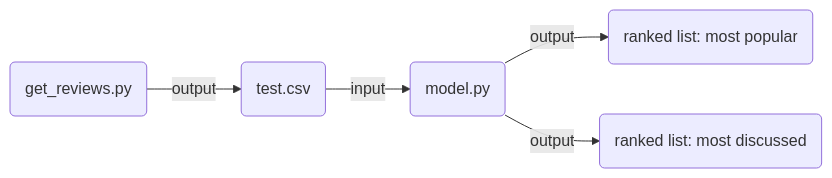
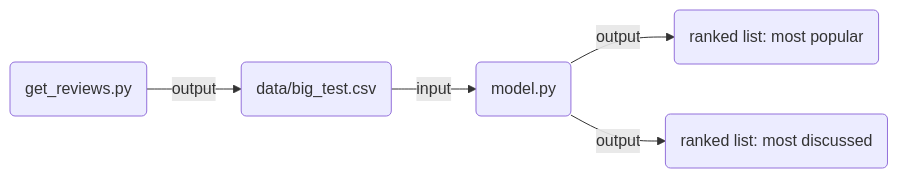
The diagram in README.md (alivabernali/MovieRekomendr), drawn with Mermaid before and after one commit. The commit also changed other lines of this file, not shown here.

````diff
--- a/README.md
+++ b/README.md
@@ -17,4 +17,4 @@
 ```mermaid
 graph LR
-A(get_reviews.py)-->|output| B(test.csv)-->|input| C(model.py)-->|output| D(ranked list: most popular) & E(ranked list: most discussed)
+A(get_reviews.py)-->|output| B(data/big_test.csv)-->|input| C(model.py)-->|output| D(ranked list: most popular) & E(ranked list: most discussed)
 ```
````
